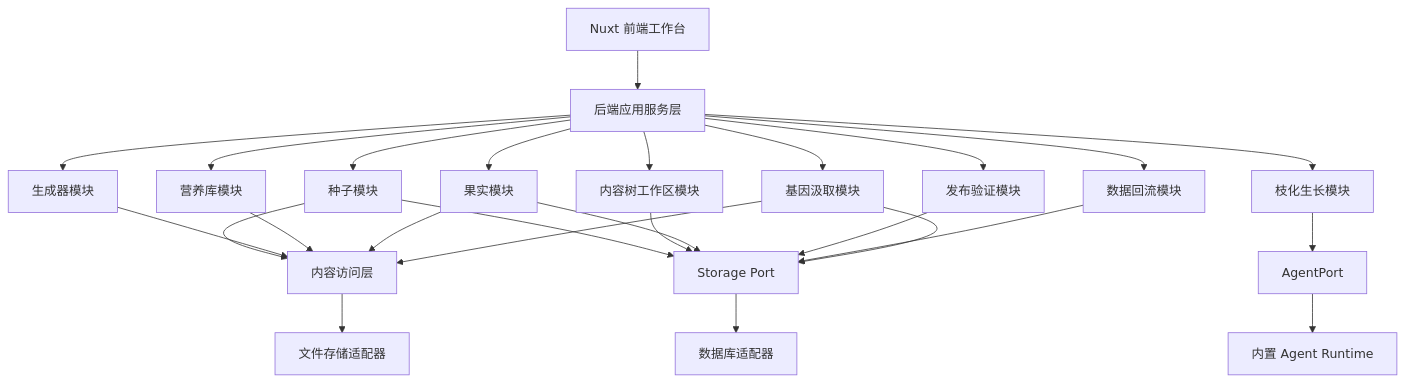
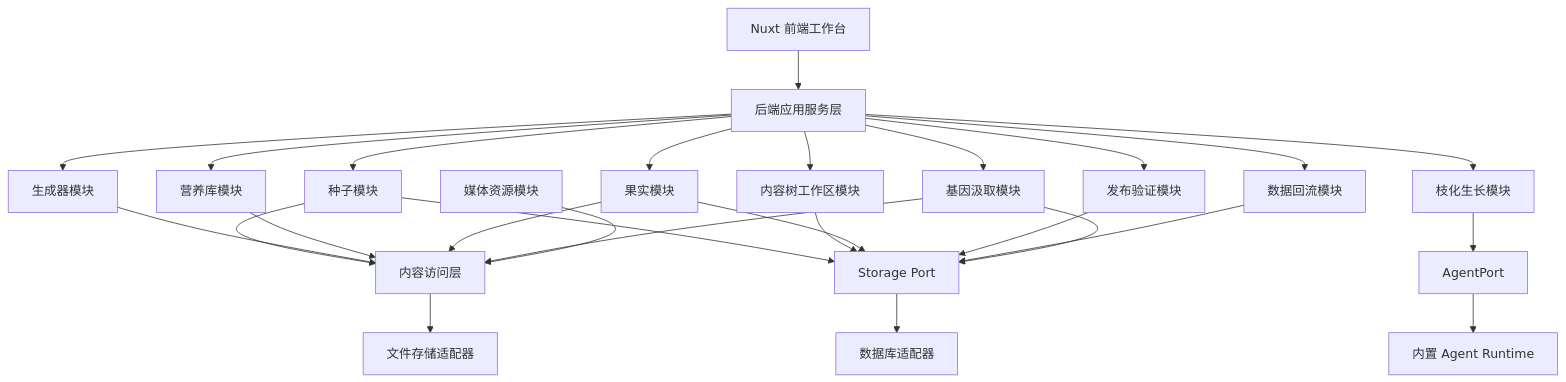
Before and after one commit to Time-Machine-Lab/ContentForest: the second of 6 diagrams in docs/design/内容森林架构设计文档.md, drawn with Mermaid. The commit also changed other lines of this file and 86 other files, not shown here.

First line of the commit message:
feat(media-asset-backend): integrate media asset capabilities into branch growth process

````diff
--- a/docs/design/内容森林架构设计文档.md
+++ b/docs/design/内容森林架构设计文档.md
@@ -64,32 +65,33 @@
 ```mermaid
 flowchart TD
     Frontend["Nuxt 前端工作台"] --> App["后端应用服务层"]
 
     App --> Seed["种子模块"]
     App --> Generator["生成器模块"]
     App --> Nutrient["营养库模块"]
     App --> Workspace["内容树工作区模块"]
     App --> Growth["枝化生长模块"]
     App --> Fruit["果实模块"]
     App --> Publication["发布验证模块"]
     App --> Feedback["数据回流模块"]
     App --> Gene["基因汲取模块"]
 
     Growth --> AgentPort["AgentPort"]
     AgentPort --> AgentRuntime["内置 Agent Runtime"]
 
     Seed --> ContentAccess["内容访问层"]
     Generator --> ContentAccess
     Nutrient --> ContentAccess
     Fruit --> ContentAccess
     Gene --> ContentAccess
+    MediaAsset["媒体资源模块"] --> ContentAccess
     ContentAccess --> FileAdapter["文件存储适配器"]
 
     Seed --> StoragePort["Storage Port"]
     Workspace --> StoragePort
     Fruit --> StoragePort
     Publication --> StoragePort
     Feedback --> StoragePort
     Gene --> StoragePort
     StoragePort --> DatabaseAdapter["数据库适配器"]
 ```
````
